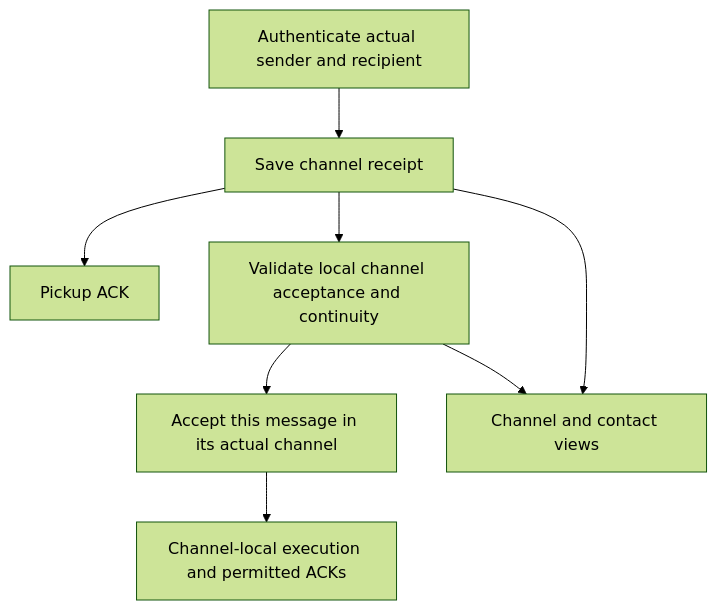
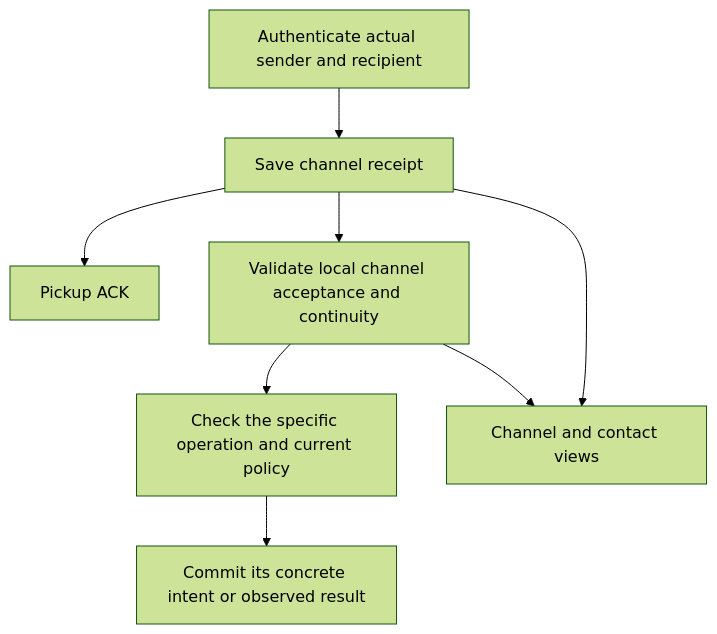
One commit to estoc-net/estoc changed the first of 2 diagrams in docs/replica-model/channels.md. Above: the diagram before and after it, drawn with Mermaid (forest theme). The commit also changed other lines of this file and 4 other files, not shown here.

Commit message:
docs: replace message acceptance with concrete operation evidence

````diff
--- a/docs/replica-model/channels.md
+++ b/docs/replica-model/channels.md
@@ -34,10 +34,10 @@
 ```mermaid
 flowchart TD
     A[Authenticate actual sender and recipient] --> B[Save channel receipt]
     B --> C[Pickup ACK]
     B --> D[Validate local channel acceptance and continuity]
-    D --> E[Accept this message in its actual channel]
-    E --> F[Channel-local execution and permitted ACKs]
+    D --> E[Check the specific operation and current policy]
+    E --> F[Commit its concrete intent or observed result]
     B --> G[Channel and contact views]
     D --> G
 ```
````
